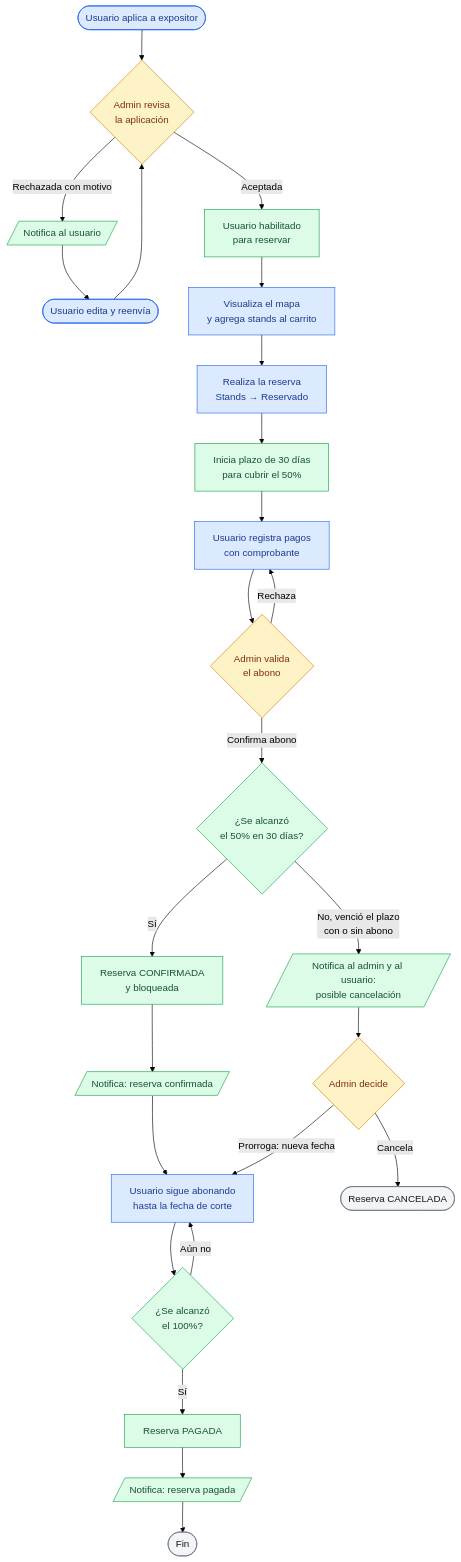
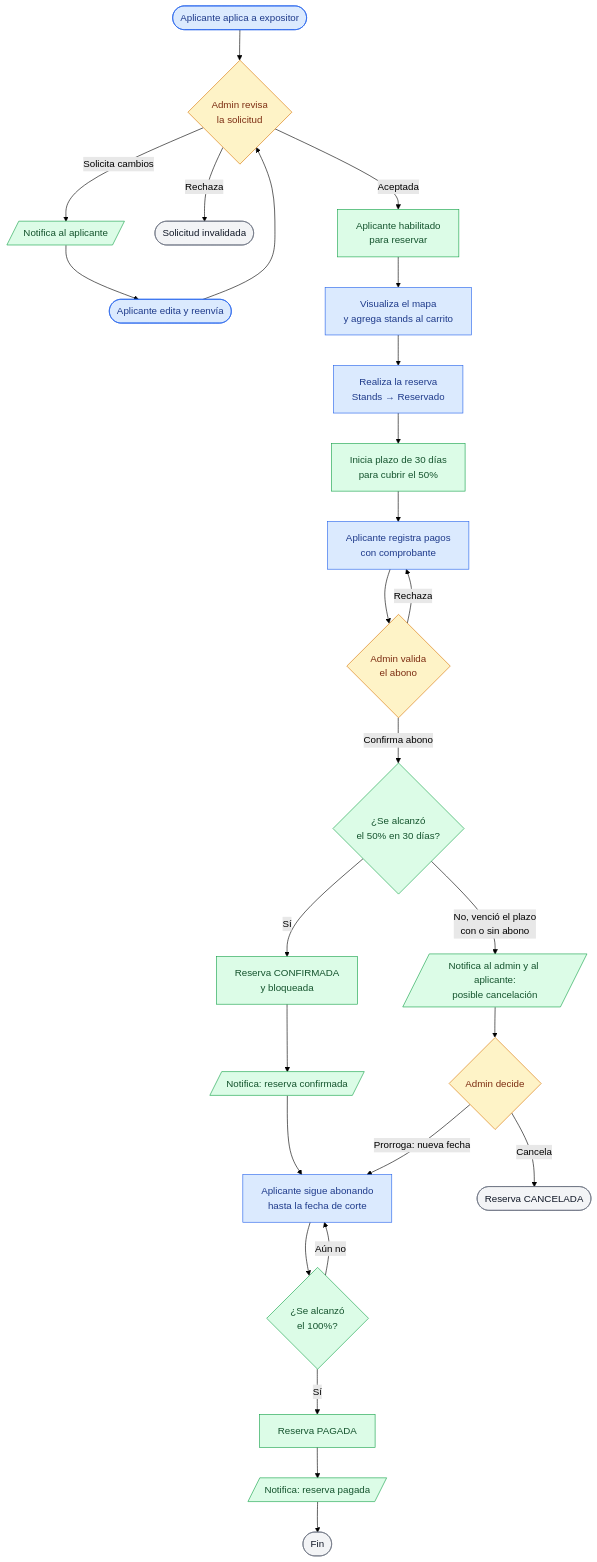
Before and after one commit to Proyectos-Vinculacion-FMAT/FILEYapp26: the diagram in docs/requisitos/STD/Proceso de alto nivel - Stands.md, drawn with Mermaid (forest theme). The commit also changed other lines of this file and 70 other files, not shown here.

````diff
--- a/docs/requisitos/STD/Proceso de alto nivel - Stands.md
+++ b/docs/requisitos/STD/Proceso de alto nivel - Stands.md
@@ -18,42 +18,43 @@
 ```mermaid
 %% Proceso de alto nivel: Reserva, Pago y Confirmación de Stands — FILEY
 flowchart TD
-    A([Usuario aplica a expositor]) --> B{Admin revisa<br/>la aplicación}
-    B -->|Rechazada con motivo| C[/Notifica al usuario/]
-    C --> A2([Usuario edita y reenvía])
+    A([Aplicante aplica a expositor]) --> B{Admin revisa<br/>la solicitud}
+    B -->|Solicita cambios| C[/Notifica al aplicante/]
+    C --> A2([Aplicante edita y reenvía])
     A2 --> B
-    B -->|Aceptada| D[Usuario habilitado<br/>para reservar]
+    B -->|Rechaza| R([Solicitud invalidada])
+    B -->|Aceptada| D[Aplicante habilitado<br/>para reservar]
 
     D --> E[Visualiza el mapa<br/>y agrega stands al carrito]
     E --> F[Realiza la reserva<br/>Stands → Reservado]
     F --> G[Inicia plazo de 30 días<br/>para cubrir el 50%]
 
-    G --> H[Usuario registra pagos<br/>con comprobante]
+    G --> H[Aplicante registra pagos<br/>con comprobante]
     H --> I{Admin valida<br/>el abono}
     I -->|Rechaza| H
     I -->|Confirma abono| J{¿Se alcanzó<br/>el 50% en 30 días?}
 
     J -->|Sí| K[Reserva CONFIRMADA<br/>y bloqueada]
     K --> L[/Notifica: reserva confirmada/]
-    L --> M[Usuario sigue abonando<br/>hasta la fecha de corte]
+    L --> M[Aplicante sigue abonando<br/>hasta la fecha de corte]
     M --> N{¿Se alcanzó<br/>el 100%?}
     N -->|Aún no| M
     N -->|Sí| O[Reserva PAGADA]
     O --> P[/Notifica: reserva pagada/]
     P --> Q([Fin])
 
-    J -->|No, venció el plazo<br/>con o sin abono| U[/Notifica al admin y al usuario:<br/>posible cancelación/]
+    J -->|No, venció el plazo<br/>con o sin abono| U[/Notifica al admin y al aplicante:<br/>posible cancelación/]
     U --> V{Admin decide}
     V -->|Prorroga: nueva fecha| M
     V -->|Cancela| W([Reserva CANCELADA])
 
-    classDef usuario fill:#dbeafe,stroke:#2563eb,color:#1e3a8a;
+    classDef aplicante fill:#dbeafe,stroke:#2563eb,color:#1e3a8a;
     classDef admin fill:#fef3c7,stroke:#d97706,color:#7c2d12;
     classDef sistema fill:#dcfce7,stroke:#16a34a,color:#14532d;
     classDef fin fill:#f3f4f6,stroke:#6b7280,color:#111827;
 
-    class A,A2,E,F,H,M usuario;
+    class A,A2,E,F,H,M aplicante;
     class B,I,V admin;
     class C,D,G,J,K,L,N,O,P,U sistema;
-    class Q,W,fin fin;
+    class Q,R,W,fin fin;
 ```
````
